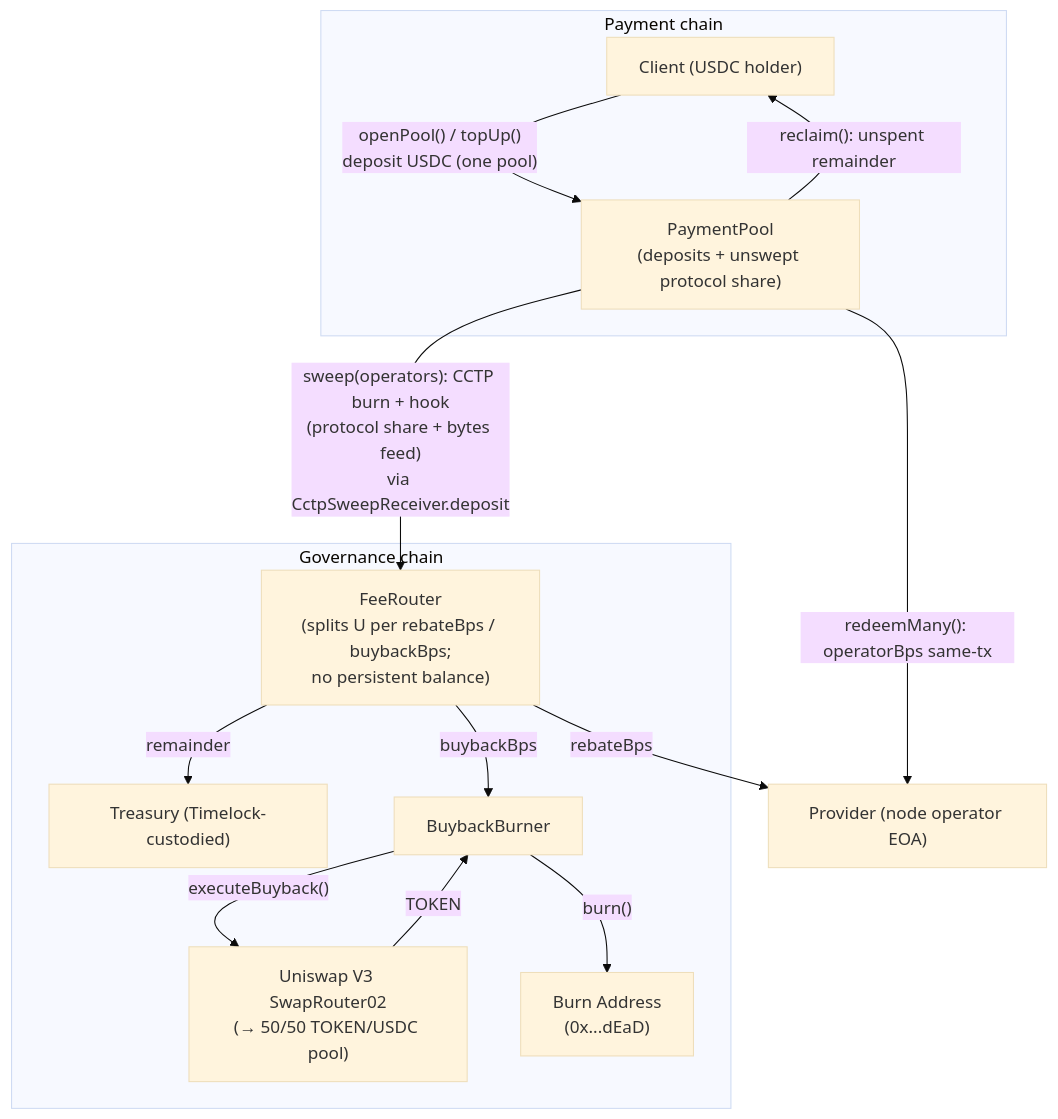
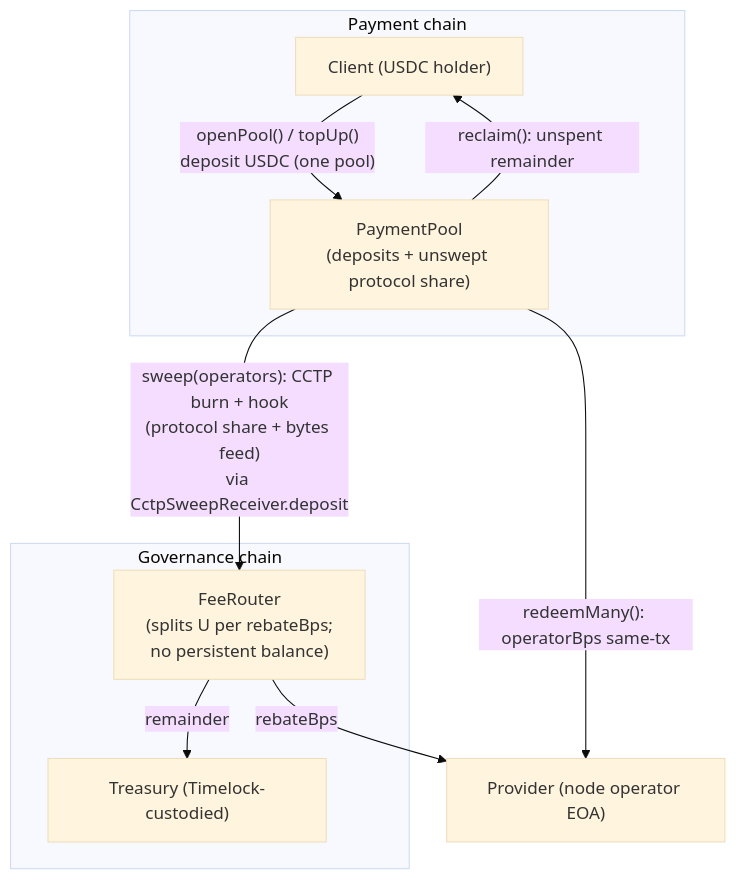
The fourth of 5 diagrams in adr/016-contract-interactions.md (decdn/decdn), drawn with Mermaid (base theme) before and after one commit. The commit also changed other lines of this file and 73 other files, not shown here.

First line of the commit message:
refactor(contracts)!: drop buyback-and-burn and protocol-owned liquidity

````diff
--- a/adr/016-contract-interactions.md
+++ b/adr/016-contract-interactions.md
@@ -564,26 +526,19 @@
 ```mermaid
 flowchart TD
     subgraph PCH["Payment chain"]
         Client["Client (USDC holder)"]
         PC["PaymentPool<br/>(deposits + unswept protocol share)"]
     end
     subgraph GCH["Governance chain"]
-        FR["FeeRouter<br/>(splits U per rebateBps / buybackBps;<br/>no persistent balance)"]
+        FR["FeeRouter<br/>(splits U per rebateBps;<br/>no persistent balance)"]
         Treasury["Treasury (Timelock-custodied)"]
-        BB["BuybackBurner"]
-        UNI["Uniswap V3 SwapRouter02<br/>(→ 50/50 TOKEN/USDC pool)"]
-        BURN["Burn Address<br/>(0x...dEaD)"]
     end
     Provider["Provider (node operator EOA)"]
 
     Client -->|"openPool() / topUp()<br/>deposit USDC (one pool)"| PC
     PC -->|"redeemMany(): operatorBps same-tx"| Provider
     PC -->|"reclaim(): unspent remainder"| Client
     PC -->|"sweep(operators): CCTP burn + hook<br/>(protocol share + bytes feed)<br/>via CctpSweepReceiver.deposit"| FR
     FR -->|"rebateBps"| Provider
-    FR -->|"buybackBps"| BB
     FR -->|"remainder"| Treasury
-    BB -->|"executeBuyback()"| UNI
-    UNI -->|"TOKEN"| BB
-    BB -->|"burn()"| BURN
 ```
````
